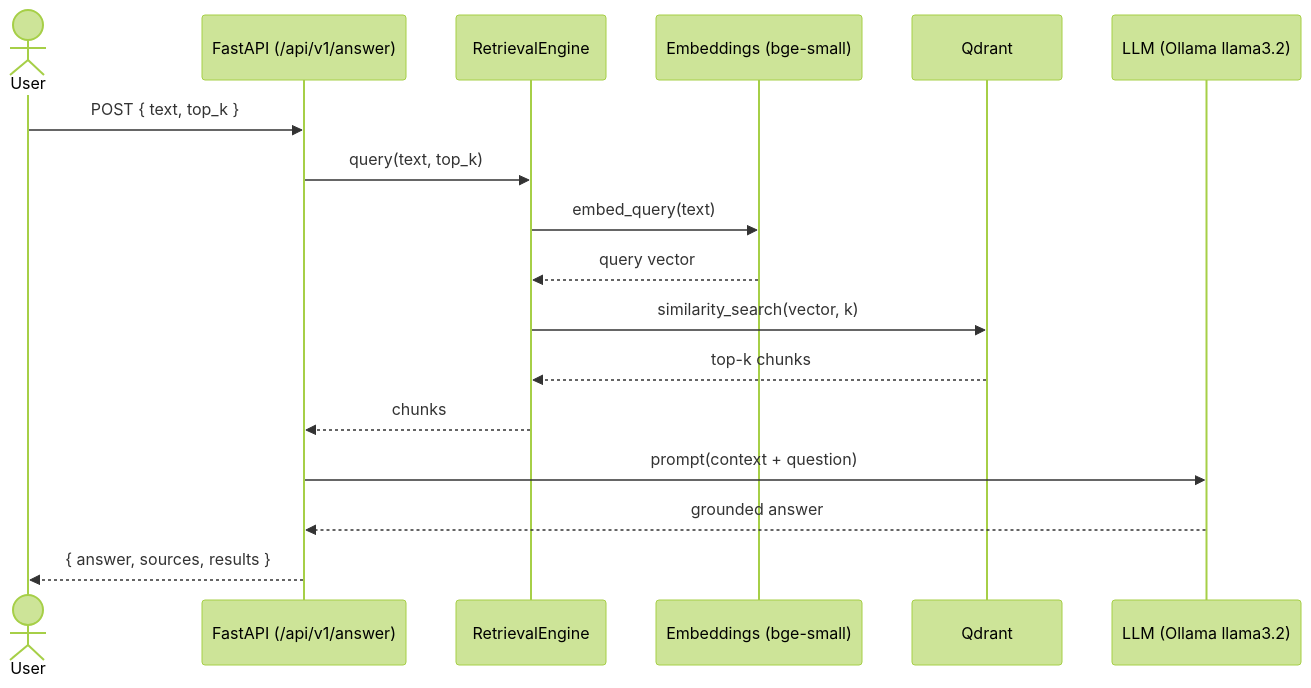
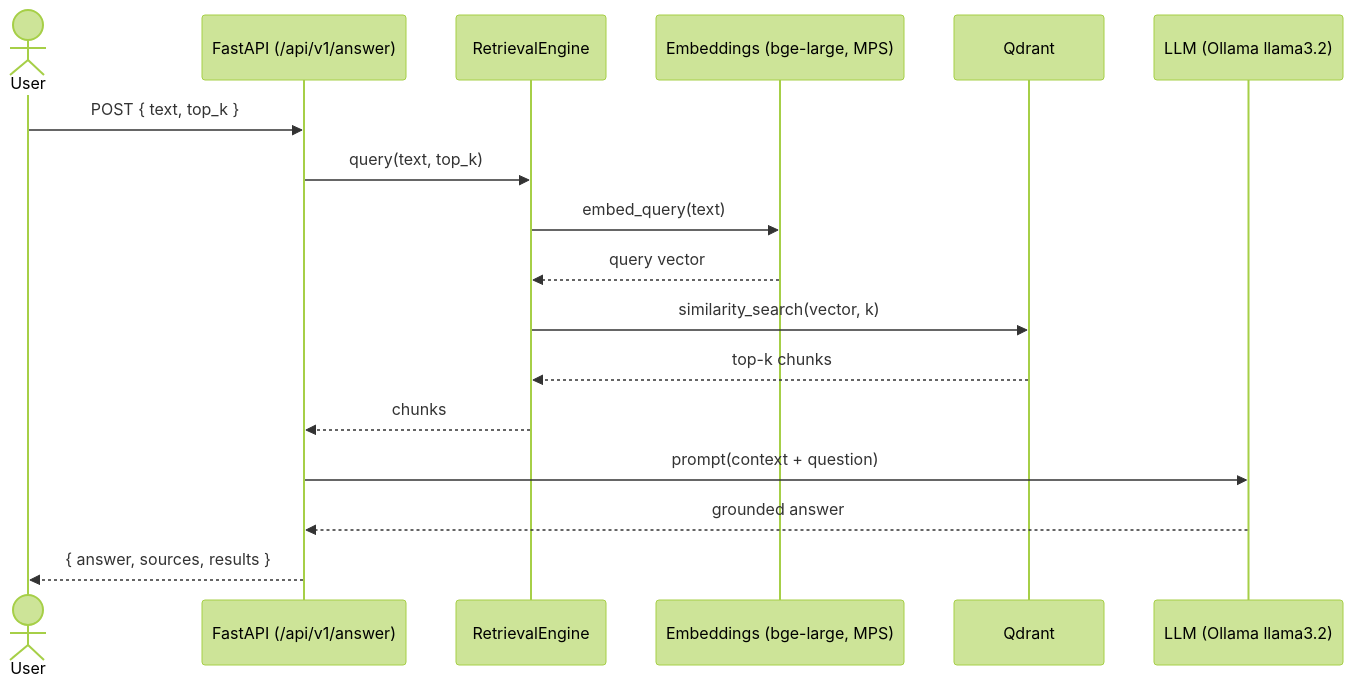
Before and after one commit to ssuresh808/llm-inference-rag: the second of 2 diagrams in docs/architecture.md, drawn with Mermaid (forest theme). The commit also changed other lines of this file and 10 other files, not shown here.

First line of the commit message:
feat(ingestion): add HuggingFace dataset corpus + MPS-accelerated embeddings

````diff
--- a/docs/architecture.md
+++ b/docs/architecture.md
@@ -46,20 +46,20 @@
 ```mermaid
 sequenceDiagram
     actor User
     participant API as FastAPI (/api/v1/answer)
     participant Eng as RetrievalEngine
-    participant Emb as Embeddings (bge-small)
+    participant Emb as Embeddings (bge-large, MPS)
     participant DB as Qdrant
     participant LLM as LLM (Ollama llama3.2)
 
     User->>API: POST { text, top_k }
     API->>Eng: query(text, top_k)
     Eng->>Emb: embed_query(text)
     Emb-->>Eng: query vector
     Eng->>DB: similarity_search(vector, k)
     DB-->>Eng: top-k chunks
     Eng-->>API: chunks
     API->>LLM: prompt(context + question)
     LLM-->>API: grounded answer
     API-->>User: { answer, sources, results }
 ```
````
